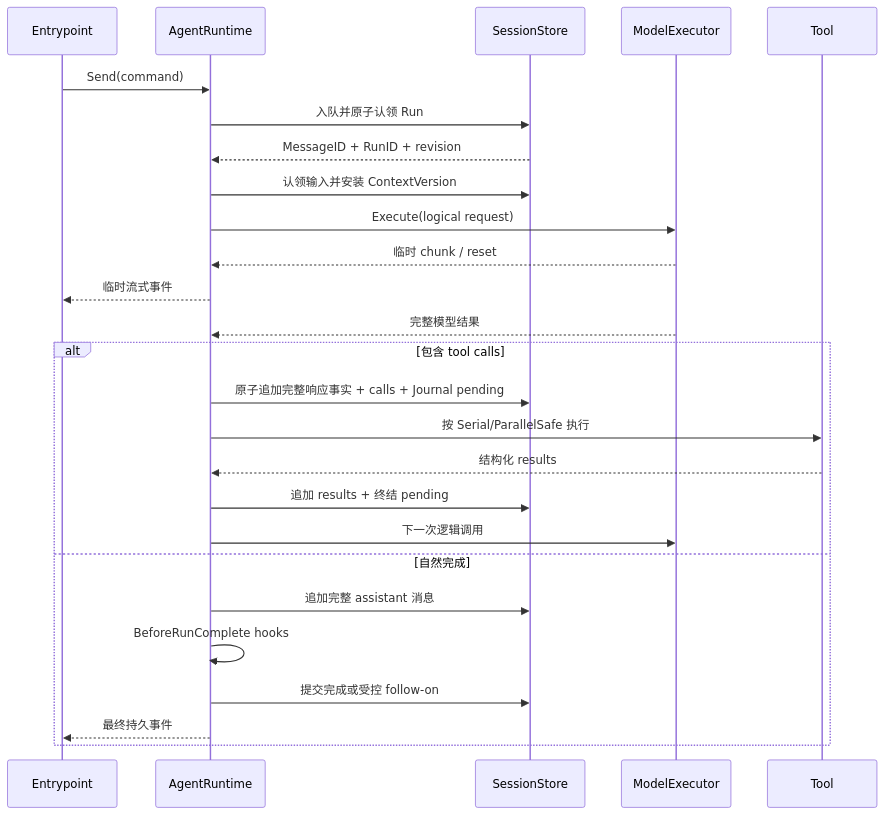
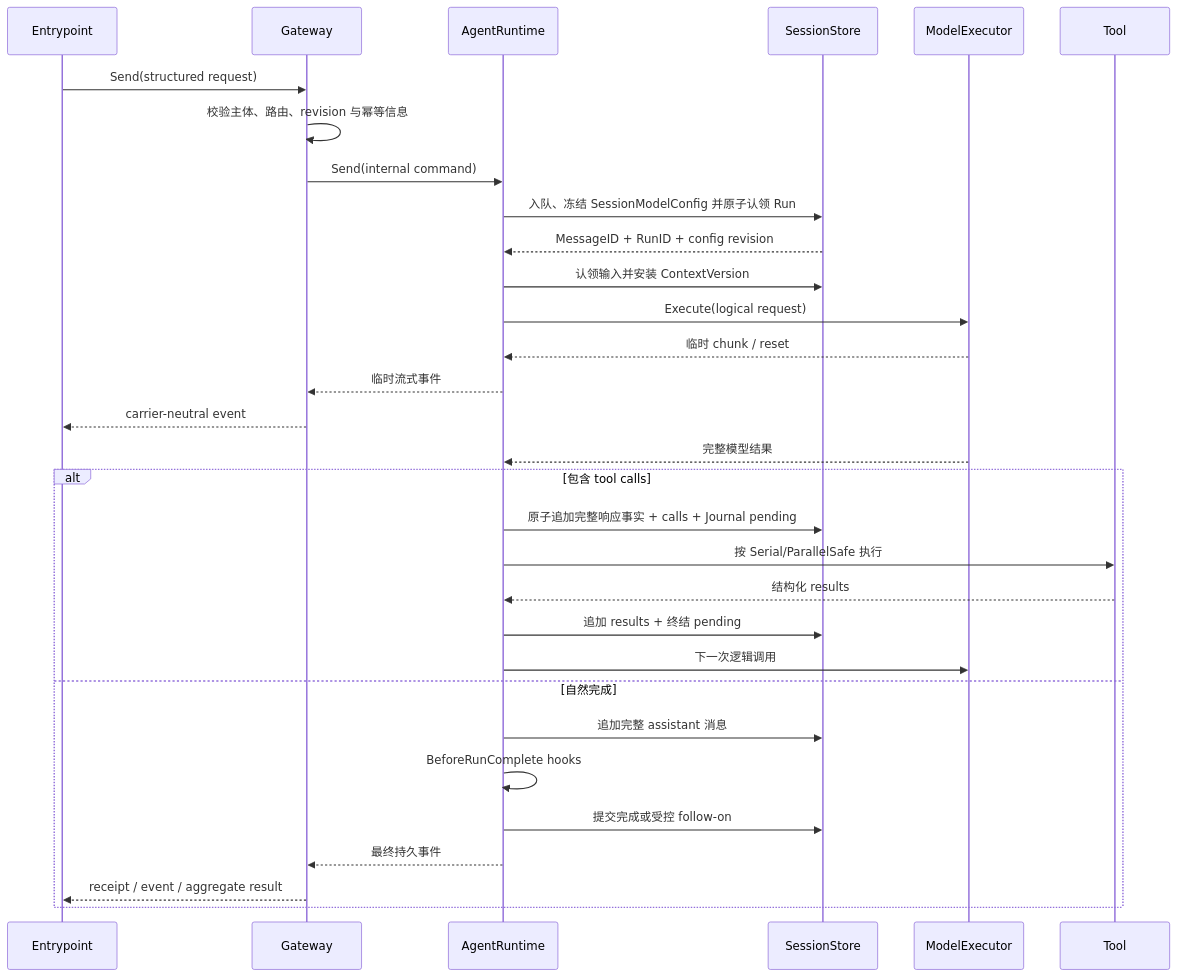
One commit to LyleLiu666/agentSlot changed the third of 3 diagrams in docs/agent-runtime-standard-slots-implementation-plan.zh-CN.md. Above: the diagram before and after it, drawn with Mermaid. The commit also changed other lines of this file and 8 other files, not shown here.

Commit message:
docs: establish complete agent architecture baseline

````diff
--- a/docs/agent-runtime-standard-slots-implementation-plan.zh-CN.md
+++ b/docs/agent-runtime-standard-slots-implementation-plan.zh-CN.md
@@ -365,29 +573,34 @@
 ```mermaid
 sequenceDiagram
     participant E as Entrypoint
+    participant G as Gateway
     participant R as AgentRuntime
     participant S as SessionStore
     participant M as ModelExecutor
     participant T as Tool
 
-    E->>R: Send(command)
-    R->>S: 入队并原子认领 Run
-    S-->>R: MessageID + RunID + revision
+    E->>G: Send(structured request)
+    G->>G: 校验主体、路由、revision 与幂等信息
+    G->>R: Send(internal command)
+    R->>S: 入队、冻结 SessionModelConfig 并原子认领 Run
+    S-->>R: MessageID + RunID + config revision
     R->>S: 认领输入并安装 ContextVersion
     R->>M: Execute(logical request)
     M-->>R: 临时 chunk / reset
-    R-->>E: 临时流式事件
+    R-->>G: 临时流式事件
+    G-->>E: carrier-neutral event
     M-->>R: 完整模型结果
     alt 包含 tool calls
         R->>S: 原子追加完整响应事实 + calls + Journal pending
         R->>T: 按 Serial/ParallelSafe 执行
         T-->>R: 结构化 results
         R->>S: 追加 results + 终结 pending
         R->>M: 下一次逻辑调用
     else 自然完成
         R->>S: 追加完整 assistant 消息
         R->>R: BeforeRunComplete hooks
         R->>S: 提交完成或受控 follow-on
-        R-->>E: 最终持久事件
+        R-->>G: 最终持久事件
+        G-->>E: receipt / event / aggregate result
     end
 ```
````
